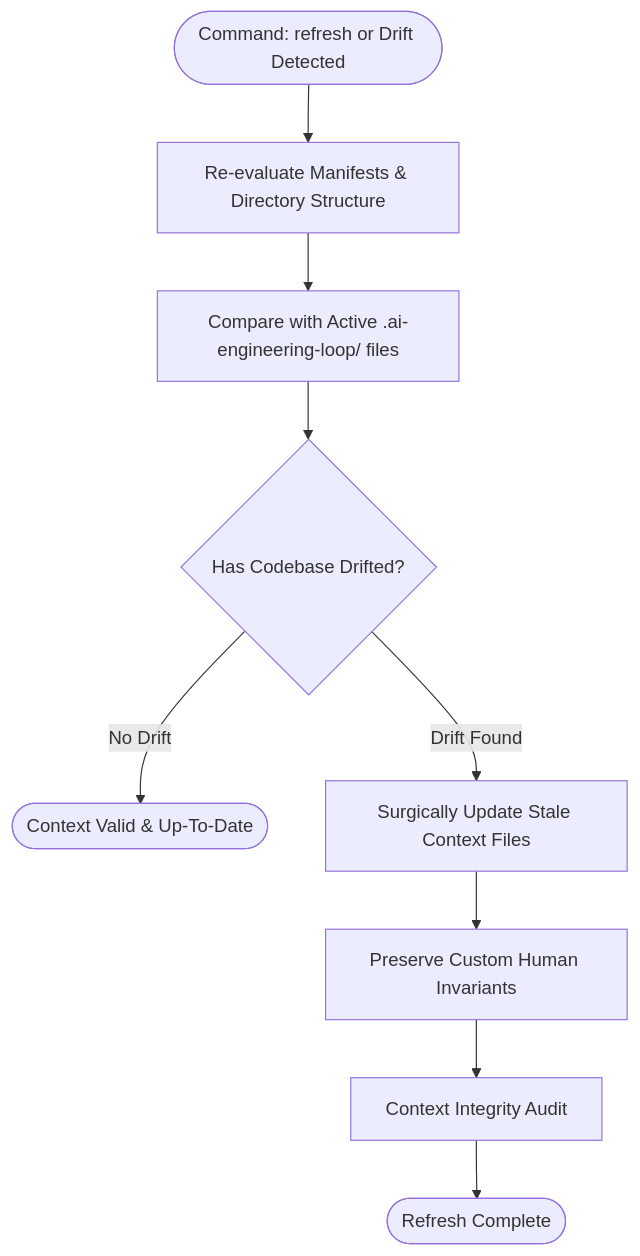
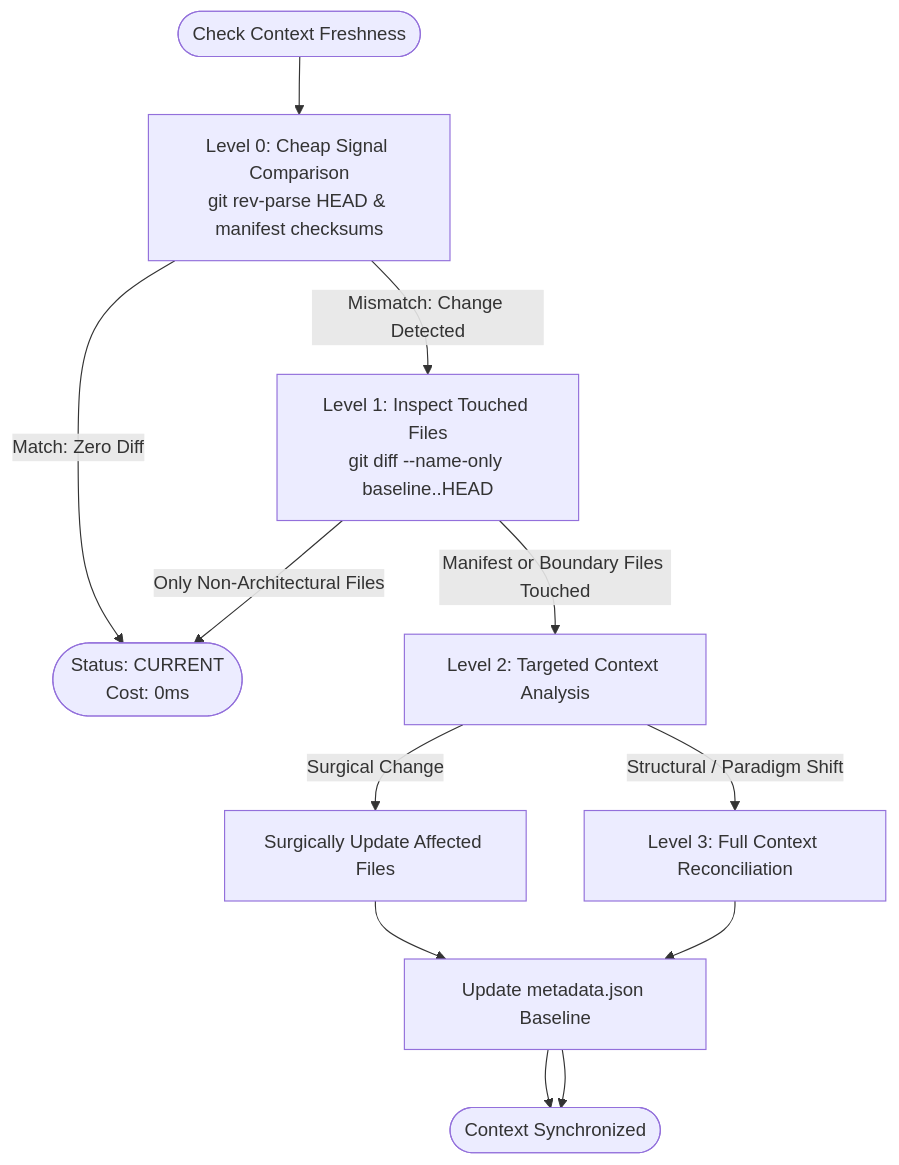
The diagram in core/context-refresh-policy.md (egagofur/ai-engineering-loop), drawn with Mermaid before and after one commit. The commit also changed other lines of this file and 4 other files, not shown here.

Commit message:
feat: add living context baseline (metadata.json) and post-task impact assessment

````diff
--- a/core/context-refresh-policy.md
+++ b/core/context-refresh-policy.md
@@ -10,13 +46,16 @@
 ```mermaid
 flowchart TD
-    Trigger([Command: refresh or Drift Detected]) --> ReInspect[Re-evaluate Manifests & Directory Structure]
-    ReInspect --> DiffContext[Compare with Active .ai-engineering-loop/ files]
+    Start([Check Context Freshness]) --> L0[Level 0: Cheap Signal Comparison<br>git rev-parse HEAD & manifest checksums]
     
-    DiffContext --> CheckDrift{Has Codebase Drifted?}
-    CheckDrift -->|No Drift| Fresh([Context Valid & Up-To-Date])
-    CheckDrift -->|Drift Found| UpdateFiles[Surgically Update Stale Context Files]
+    L0 -->|Match: Zero Diff| Current([Status: CURRENT<br>Cost: 0ms])
+    L0 -->|Mismatch: Change Detected| L1[Level 1: Inspect Touched Files<br>git diff --name-only baseline..HEAD]
     
-    UpdateFiles --> PreserveHumanNotes[Preserve Custom Human Invariants]
-    PreserveHumanNotes --> Validate[Context Integrity Audit]
-    Validate --> Done([Refresh Complete])
+    L1 -->|Only Non-Architectural Files| Current
+    L1 -->|Manifest or Boundary Files Touched| L2[Level 2: Targeted Context Analysis]
+    
+    L2 -->|Surgical Change| SurgReconcile[Surgically Update Affected Files]
+    L2 -->|Structural / Paradigm Shift| L3[Level 3: Full Context Reconciliation]
+    
+    SurgReconcile --> UpdateMeta[Update metadata.json Baseline] --> Done([Context Synchronized])
+    L3 --> UpdateMeta --> Done
 ```
````
